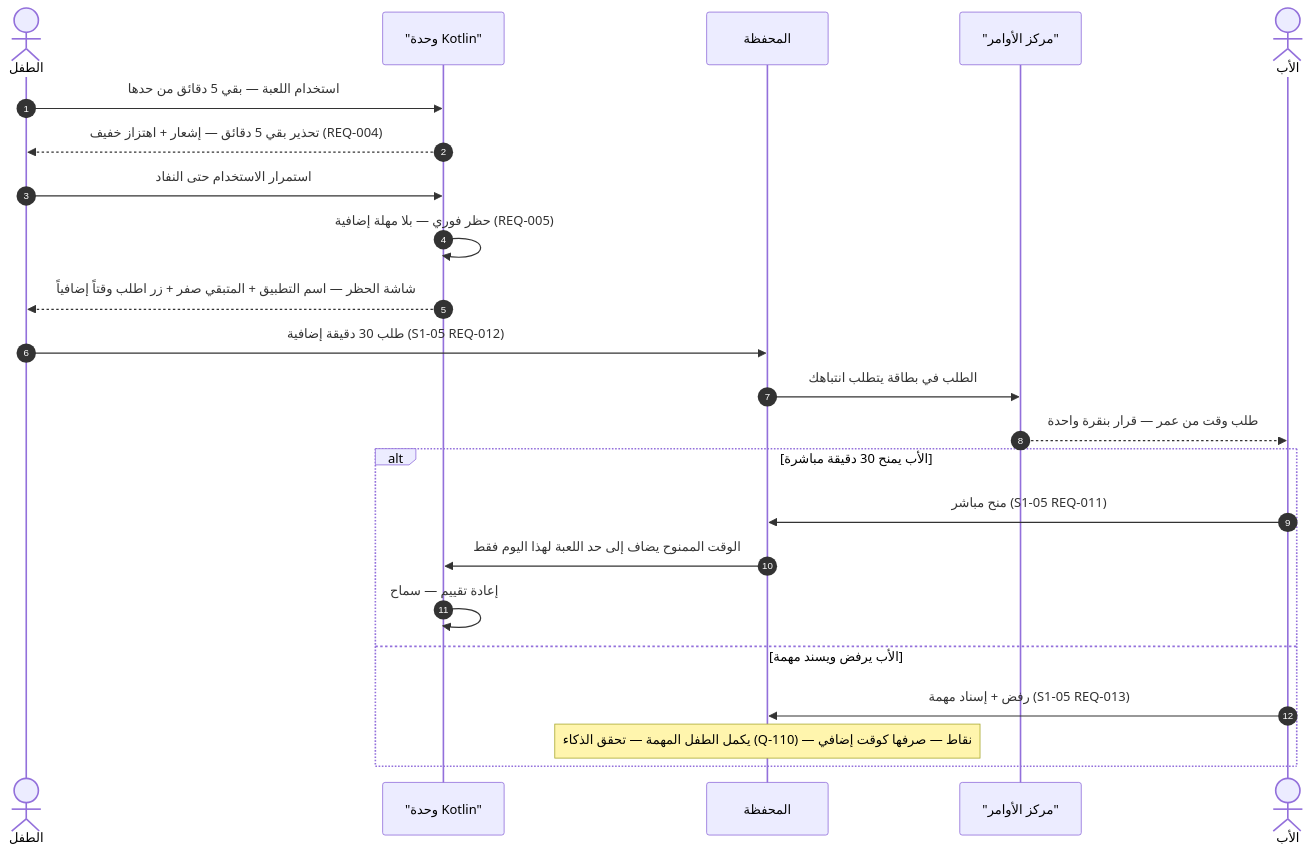
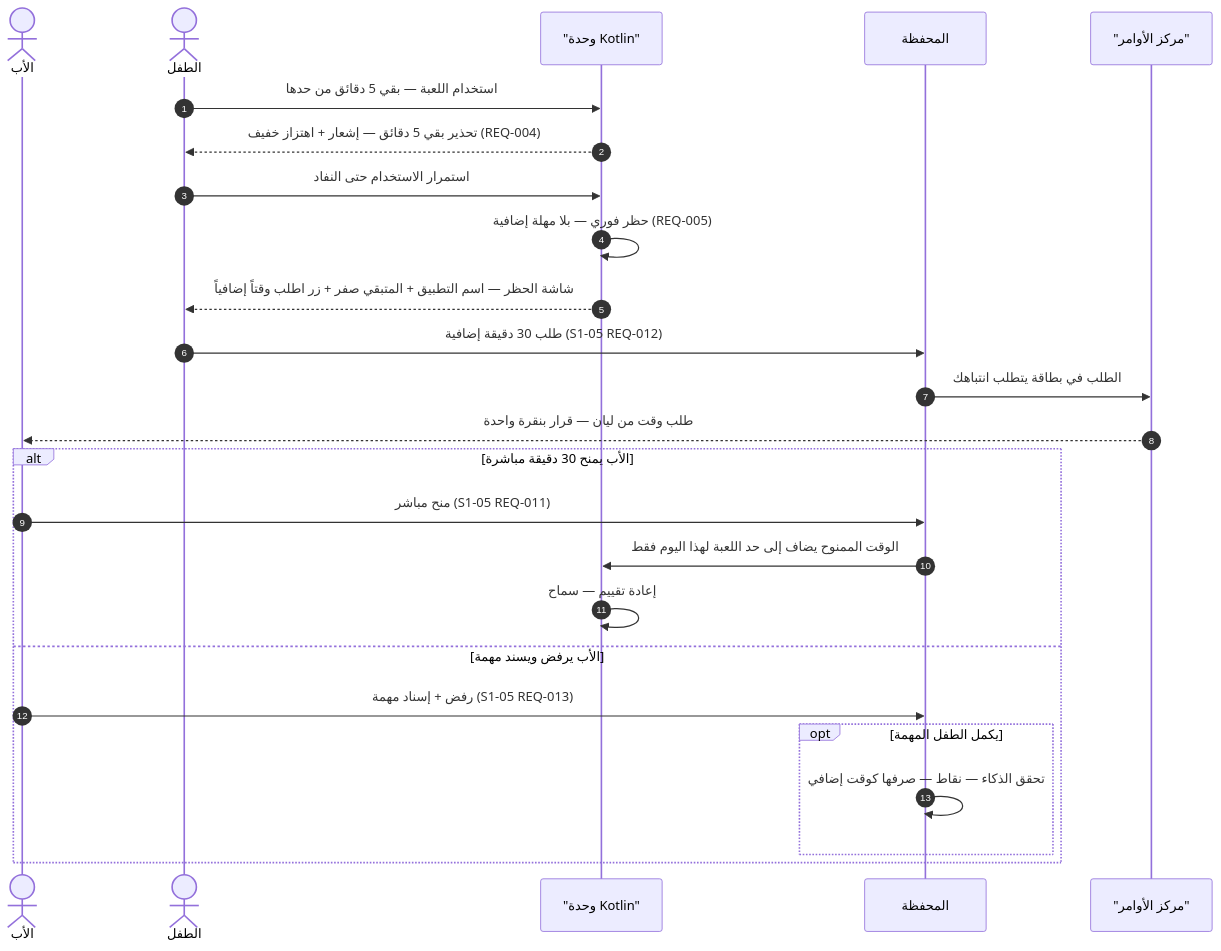
The ninth of 30 diagrams in docs/family-os/governance/phases/phase-1/S1-10-protection-and-enforcement/DIAGRAMS.md (Bassam-mohammed-alqaeadi/family-os-v2), drawn with Mermaid before and after one commit. The commit also changed other lines of this file, not shown here.

````diff
--- a/docs/family-os/governance/phases/phase-1/S1-10-protection-and-enforcement/DIAGRAMS.md
+++ b/docs/family-os/governance/phases/phase-1/S1-10-protection-and-enforcement/DIAGRAMS.md
@@ -416,25 +500,27 @@
 ```mermaid
 sequenceDiagram
     autonumber
+    actor Father as الأب
     actor Child as الطفل
     participant K as "وحدة Kotlin"
     participant S105 as المحفظة
     participant S109 as "مركز الأوامر"
-    actor Father as الأب
     Child->>K: استخدام اللعبة — بقي 5 دقائق من حدها
     K-->>Child: تحذير بقي 5 دقائق — إشعار + اهتزاز خفيف (REQ-004)
     Child->>K: استمرار الاستخدام حتى النفاد
     K->>K: حظر فوري — بلا مهلة إضافية (REQ-005)
     K-->>Child: شاشة الحظر — اسم التطبيق + المتبقي صفر + زر اطلب وقتاً إضافياً
     Child->>S105: طلب 30 دقيقة إضافية (S1-05 REQ-012)
     S105->>S109: الطلب في بطاقة يتطلب انتباهك
-    S109-->>Father: طلب وقت من عمر — قرار بنقرة واحدة
+    S109-->>Father: طلب وقت من ليان — قرار بنقرة واحدة
     alt الأب يمنح 30 دقيقة مباشرة
         Father->>S105: منح مباشر (S1-05 REQ-011)
         S105->>K: الوقت الممنوح يضاف إلى حد اللعبة لهذا اليوم فقط
         K->>K: إعادة تقييم — سماح
     else الأب يرفض ويسند مهمة
         Father->>S105: رفض + إسناد مهمة (S1-05 REQ-013)
-        Note over S105: يكمل الطفل المهمة — تحقق الذكاء (Q-110) — نقاط — صرفها كوقت إضافي
+        opt يكمل الطفل المهمة
+            S105->>S105: تحقق الذكاء — نقاط — صرفها كوقت إضافي
+        end
     end
 ```
````
